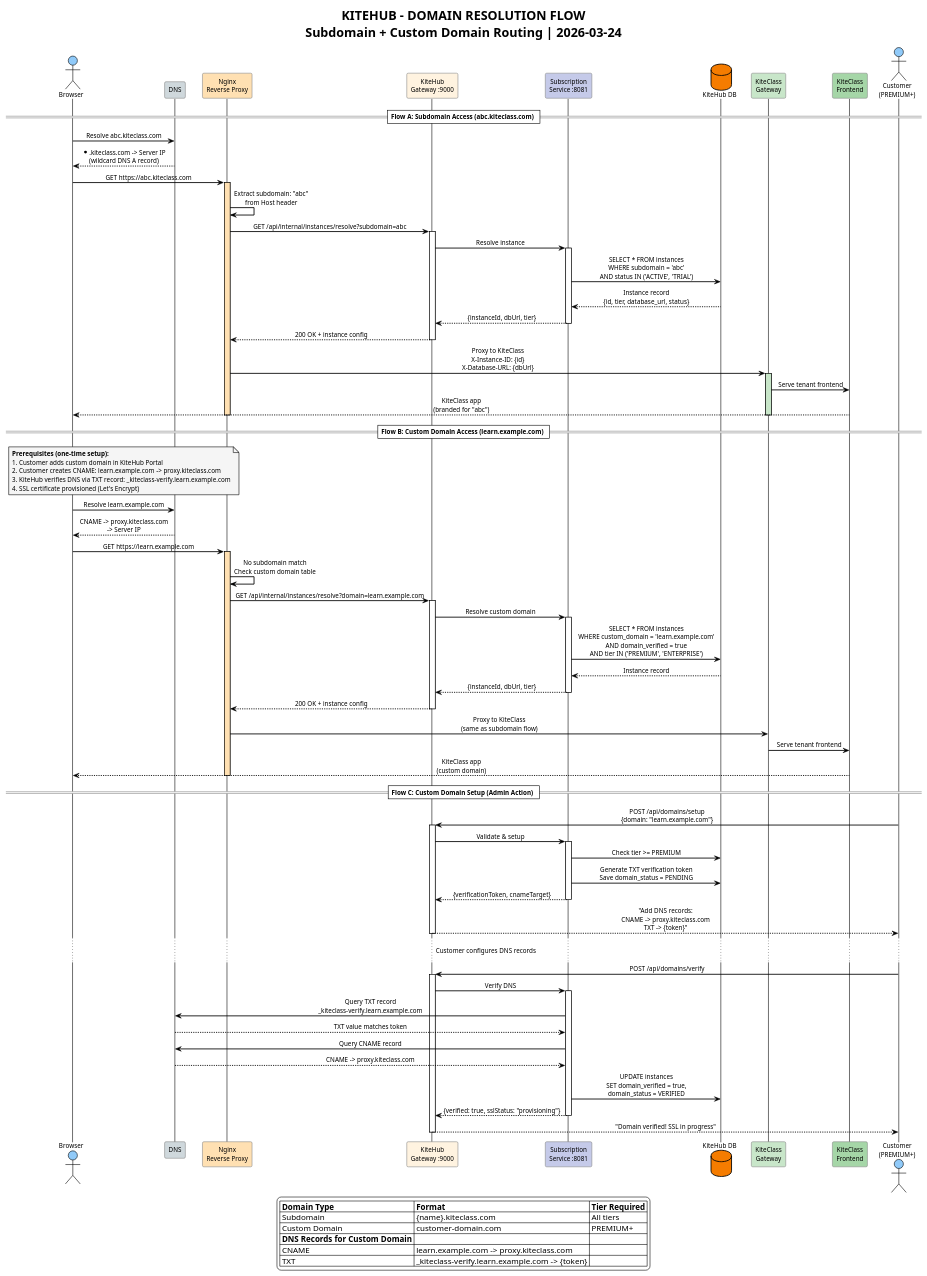
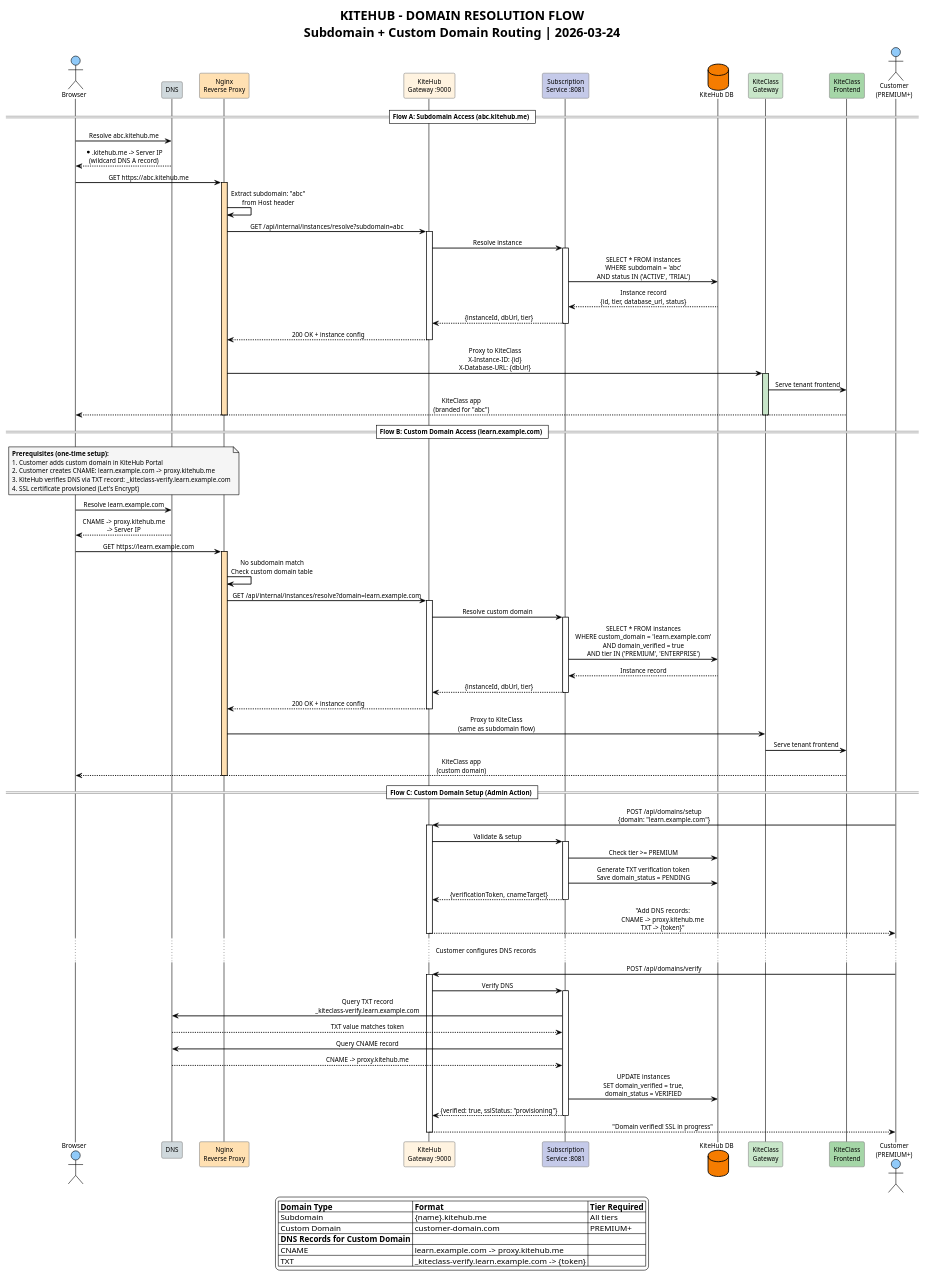
The diagram in documents/06-diagrams/plantuml/13-domain-resolution-flow.puml (VictorAurelius/2026-Kite-Class-Platform), drawn with PlantUML before and after one commit. The commit also changed 278 other files, not shown here.

First line of the commit message:
fix(domain): sweep stale kiteclass.vn/.com → canonical kitehub.me ({slug}.kitehub.me tenant) + CI detector (GAP-1241) (#2374)

```diff
--- a/documents/06-diagrams/plantuml/13-domain-resolution-flow.puml
+++ b/documents/06-diagrams/plantuml/13-domain-resolution-flow.puml
@@ -1,130 +1,130 @@
 @startuml domain-resolution-flow
 !theme plain
 skinparam backgroundColor #FFFFFF
 skinparam defaultFontSize 11
 skinparam sequenceMessageAlign center
 skinparam sequenceArrowThickness 1.5
 skinparam participantBackgroundColor #FFFDE7
 skinparam participantBorderColor #888888
 skinparam noteBackgroundColor #F5F5F5
 
 title KITEHUB - DOMAIN RESOLUTION FLOW\nSubdomain + Custom Domain Routing | 2026-03-24
 
 ' ==================== PARTICIPANTS ====================
 actor "Browser" as BROWSER #90CAF9
 participant "DNS" as DNS #CFD8DC
 participant "Nginx\nReverse Proxy" as NGINX #FFE0B2
 participant "KiteHub\nGateway :9000" as KH_GW #FFF3E0
 participant "Subscription\nService :8081" as SUB #C5CAE9
 database "KiteHub DB" as DB #F57C00
 participant "KiteClass\nGateway" as KC_GW #C8E6C9
 participant "KiteClass\nFrontend" as KC_FE #A5D6A7
 
 ' ==================== SUBDOMAIN FLOW ====================
-== Flow A: Subdomain Access (abc.kiteclass.com) ==
+== Flow A: Subdomain Access (abc.kitehub.me) ==
 
-BROWSER -> DNS : Resolve abc.kiteclass.com
-DNS --> BROWSER : *.kiteclass.com -> Server IP\n(wildcard DNS A record)
+BROWSER -> DNS : Resolve abc.kitehub.me
+DNS --> BROWSER : *.kitehub.me -> Server IP\n(wildcard DNS A record)
 
-BROWSER -> NGINX : GET https://abc.kiteclass.com
+BROWSER -> NGINX : GET https://abc.kitehub.me
 activate NGINX #FFE0B2
 NGINX -> NGINX : Extract subdomain: "abc"\nfrom Host header
 
 NGINX -> KH_GW : GET /api/internal/instances/resolve?subdomain=abc
 activate KH_GW
 KH_GW -> SUB : Resolve instance
 activate SUB
 SUB -> DB : SELECT * FROM instances\nWHERE subdomain = 'abc'\nAND status IN ('ACTIVE', 'TRIAL')
 DB --> SUB : Instance record\n{id, tier, database_url, status}
 SUB --> KH_GW : {instanceId, dbUrl, tier}
 deactivate SUB
 KH_GW --> NGINX : 200 OK + instance config
 deactivate KH_GW
 
 NGINX -> KC_GW : Proxy to KiteClass\nX-Instance-ID: {id}\nX-Database-URL: {dbUrl}
 activate KC_GW #C8E6C9
 KC_GW -> KC_FE : Serve tenant frontend
 KC_FE --> BROWSER : KiteClass app\n(branded for "abc")
 deactivate KC_GW
 deactivate NGINX
 
 ' ==================== CUSTOM DOMAIN FLOW ====================
 == Flow B: Custom Domain Access (learn.example.com) ==
 
 note over BROWSER, DNS
   **Prerequisites (one-time setup):**
   1. Customer adds custom domain in KiteHub Portal
-  2. Customer creates CNAME: learn.example.com -> proxy.kiteclass.com
+  2. Customer creates CNAME: learn.example.com -> proxy.kitehub.me
   3. KiteHub verifies DNS via TXT record: _kiteclass-verify.learn.example.com
   4. SSL certificate provisioned (Let's Encrypt)
 end note
 
 BROWSER -> DNS : Resolve learn.example.com
-DNS --> BROWSER : CNAME -> proxy.kiteclass.com\n-> Server IP
+DNS --> BROWSER : CNAME -> proxy.kitehub.me\n-> Server IP
 
 BROWSER -> NGINX : GET https://learn.example.com
 activate NGINX #FFE0B2
 NGINX -> NGINX : No subdomain match\nCheck custom domain table
 
 NGINX -> KH_GW : GET /api/internal/instances/resolve?domain=learn.example.com
 activate KH_GW
 KH_GW -> SUB : Resolve custom domain
 activate SUB
 SUB -> DB : SELECT * FROM instances\nWHERE custom_domain = 'learn.example.com'\nAND domain_verified = true\nAND tier IN ('PREMIUM', 'ENTERPRISE')
 DB --> SUB : Instance record
 SUB --> KH_GW : {instanceId, dbUrl, tier}
 deactivate SUB
 KH_GW --> NGINX : 200 OK + instance config
 deactivate KH_GW
 
 NGINX -> KC_GW : Proxy to KiteClass\n(same as subdomain flow)
 KC_GW -> KC_FE : Serve tenant frontend
 KC_FE --> BROWSER : KiteClass app\n(custom domain)
 deactivate NGINX
 
 ' ==================== DOMAIN SETUP FLOW ====================
 == Flow C: Custom Domain Setup (Admin Action) ==
 
 actor "Customer\n(PREMIUM+)" as CUST #90CAF9
 
 CUST -> KH_GW : POST /api/domains/setup\n{domain: "learn.example.com"}
 activate KH_GW
 KH_GW -> SUB : Validate & setup
 activate SUB
 
 SUB -> DB : Check tier >= PREMIUM
 SUB -> DB : Generate TXT verification token\nSave domain_status = PENDING
 
 SUB --> KH_GW : {verificationToken, cnameTarget}
 deactivate SUB
-KH_GW --> CUST : "Add DNS records:\nCNAME -> proxy.kiteclass.com\nTXT -> {token}"
+KH_GW --> CUST : "Add DNS records:\nCNAME -> proxy.kitehub.me\nTXT -> {token}"
 deactivate KH_GW
 
 ... Customer configures DNS records ...
 
 CUST -> KH_GW : POST /api/domains/verify
 activate KH_GW
 KH_GW -> SUB : Verify DNS
 activate SUB
 SUB -> DNS : Query TXT record\n_kiteclass-verify.learn.example.com
 DNS --> SUB : TXT value matches token
 SUB -> DNS : Query CNAME record
-DNS --> SUB : CNAME -> proxy.kiteclass.com
+DNS --> SUB : CNAME -> proxy.kitehub.me
 
 SUB -> DB : UPDATE instances\nSET domain_verified = true,\ndomain_status = VERIFIED
 SUB --> KH_GW : {verified: true, sslStatus: "provisioning"}
 deactivate SUB
 KH_GW --> CUST : "Domain verified! SSL in progress"
 deactivate KH_GW
 
 ' ==================== LEGEND ====================
 legend bottom
 |= Domain Type |= Format |= Tier Required |
-| Subdomain | {name}.kiteclass.com | All tiers |
+| Subdomain | {name}.kitehub.me | All tiers |
 | Custom Domain | customer-domain.com | PREMIUM+ |
 |= DNS Records for Custom Domain |
-| CNAME | learn.example.com -> proxy.kiteclass.com |
+| CNAME | learn.example.com -> proxy.kitehub.me |
 | TXT | _kiteclass-verify.learn.example.com -> {token} |
 endlegend
 
 @enduml
```
